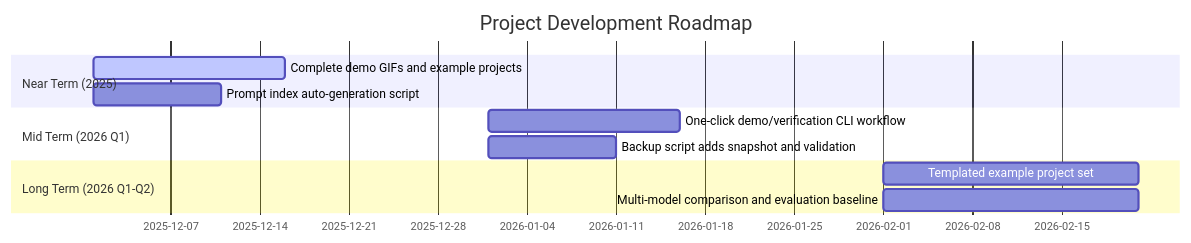
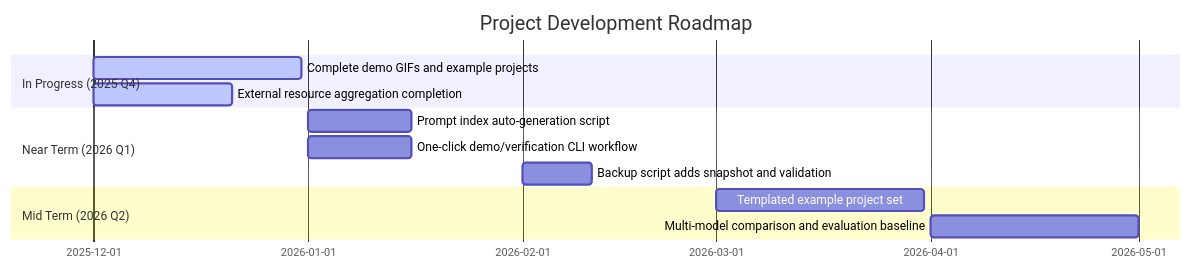
The second of 2 diagrams in i18n/en/README.md (cliffwoodave14/vibe-coding-cn), drawn with Mermaid before and after one commit. The commit also changed other lines of this file and 112 other files, not shown here.

````diff
--- a/i18n/en/README.md
+++ b/i18n/en/README.md
@@ -493,14 +549,15 @@
 ```mermaid
 gantt
     title Project Development Roadmap
     dateFormat YYYY-MM
-    section Near Term (2025)
-    Complete demo GIFs and example projects: active, 2025-12, 15d
-    Prompt index auto-generation script: 2025-12, 10d
-    section Mid Term (2026 Q1)
+    section In Progress (2025 Q4)
+    Complete demo GIFs and example projects: active, 2025-12, 30d
+    External resource aggregation completion: active, 2025-12, 20d
+    section Near Term (2026 Q1)
+    Prompt index auto-generation script: 2026-01, 15d
     One-click demo/verification CLI workflow: 2026-01, 15d
-    Backup script adds snapshot and validation: 2026-01, 10d
-    section Long Term (2026 Q1-Q2)
-    Templated example project set: 2026-02, 20d
-    Multi-model comparison and evaluation baseline: 2026-02, 20d
+    Backup script adds snapshot and validation: 2026-02, 10d
+    section Mid Term (2026 Q2)
+    Templated example project set: 2026-03, 30d
+    Multi-model comparison and evaluation baseline: 2026-04, 30d
 ```
````
